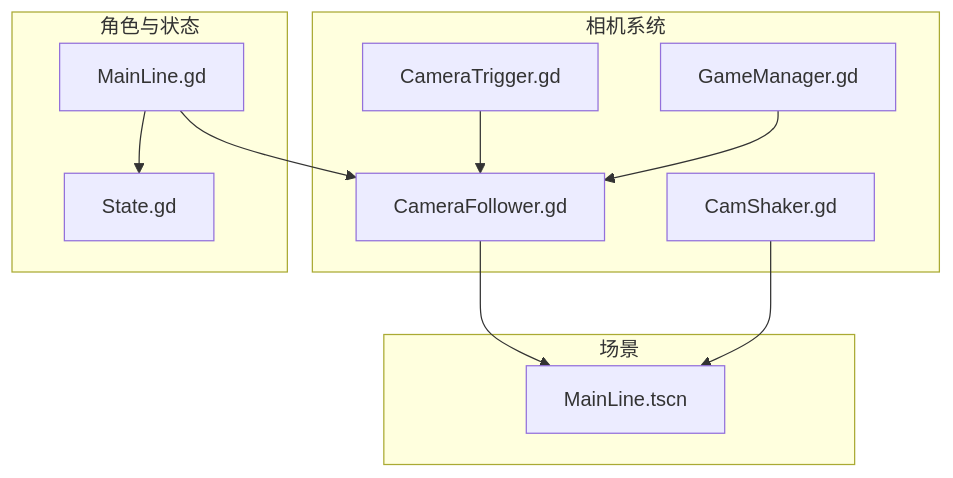
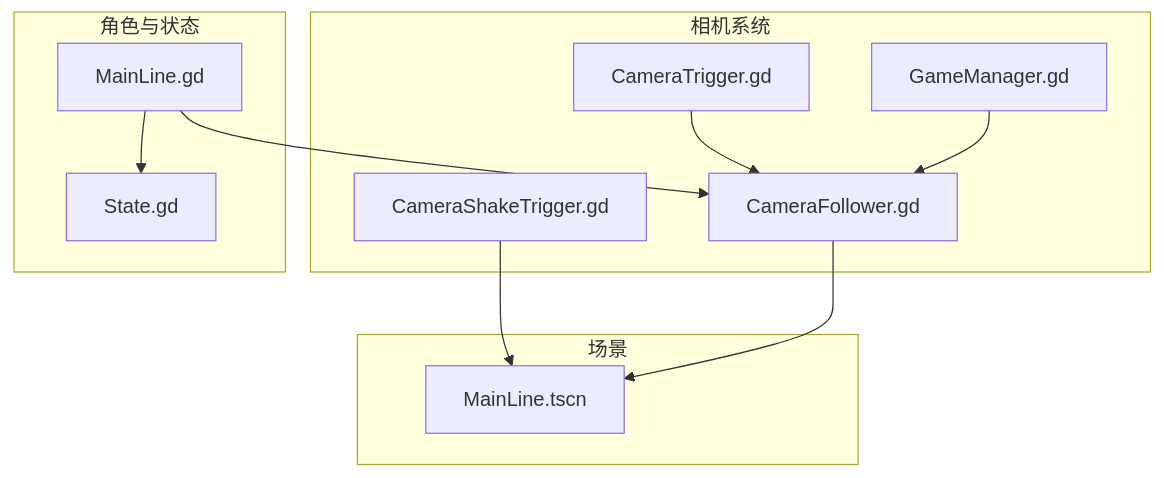
The first of 7 diagrams in .qoder/repowiki/zh/content/游戏系统/触发器系统/相机触发器.md (godotline/godot-line), drawn with Mermaid before and after one commit. The commit also changed other lines of this file and 17 other files, not shown here.

````diff
--- a/.qoder/repowiki/zh/content/游戏系统/触发器系统/相机触发器.md
+++ b/.qoder/repowiki/zh/content/游戏系统/触发器系统/相机触发器.md
@@ -57,22 +60,22 @@
 ```mermaid
 graph TB
 subgraph "相机系统"
 CF["CameraFollower.gd"]
 CT["CameraTrigger.gd"]
-CS["CamShaker.gd"]
+CST["CameraShakeTrigger.gd"]
 GM["GameManager.gd"]
 end
 subgraph "角色与状态"
 ML["MainLine.gd"]
 ST["State.gd"]
 end
 subgraph "场景"
 SCN["MainLine.tscn"]
 end
 CT --> CF
+CST --> SCN
 CF --> SCN
 ML --> CF
 ML --> ST
-CS --> SCN
 GM --> CF
 ```
````
